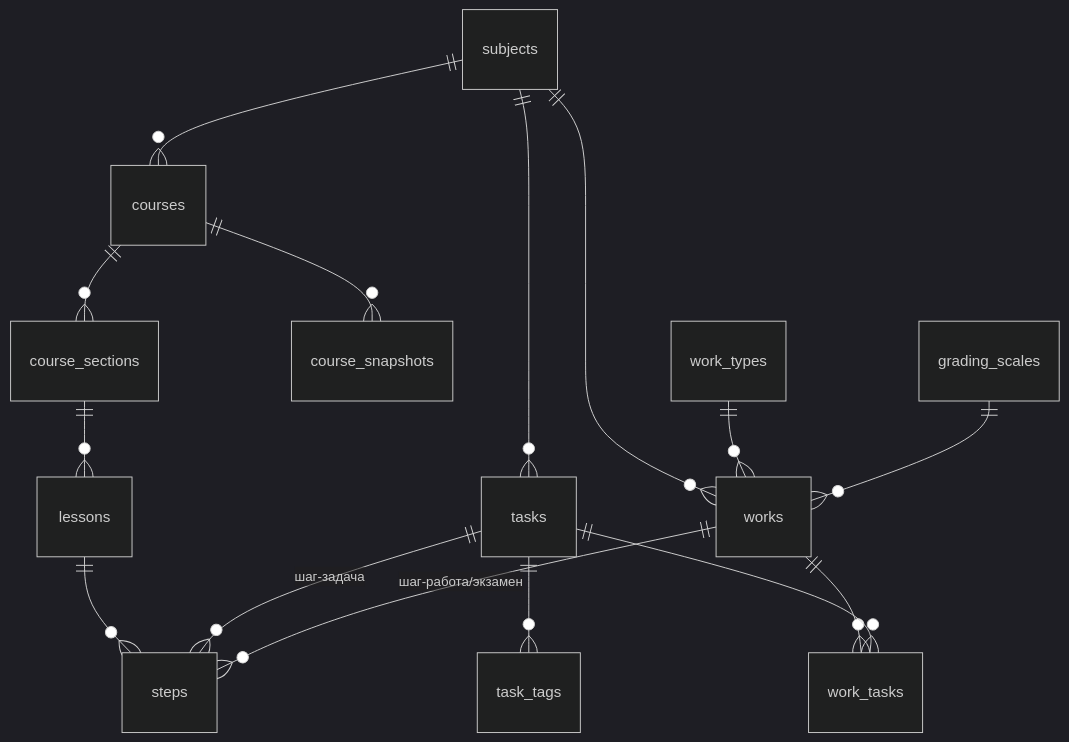
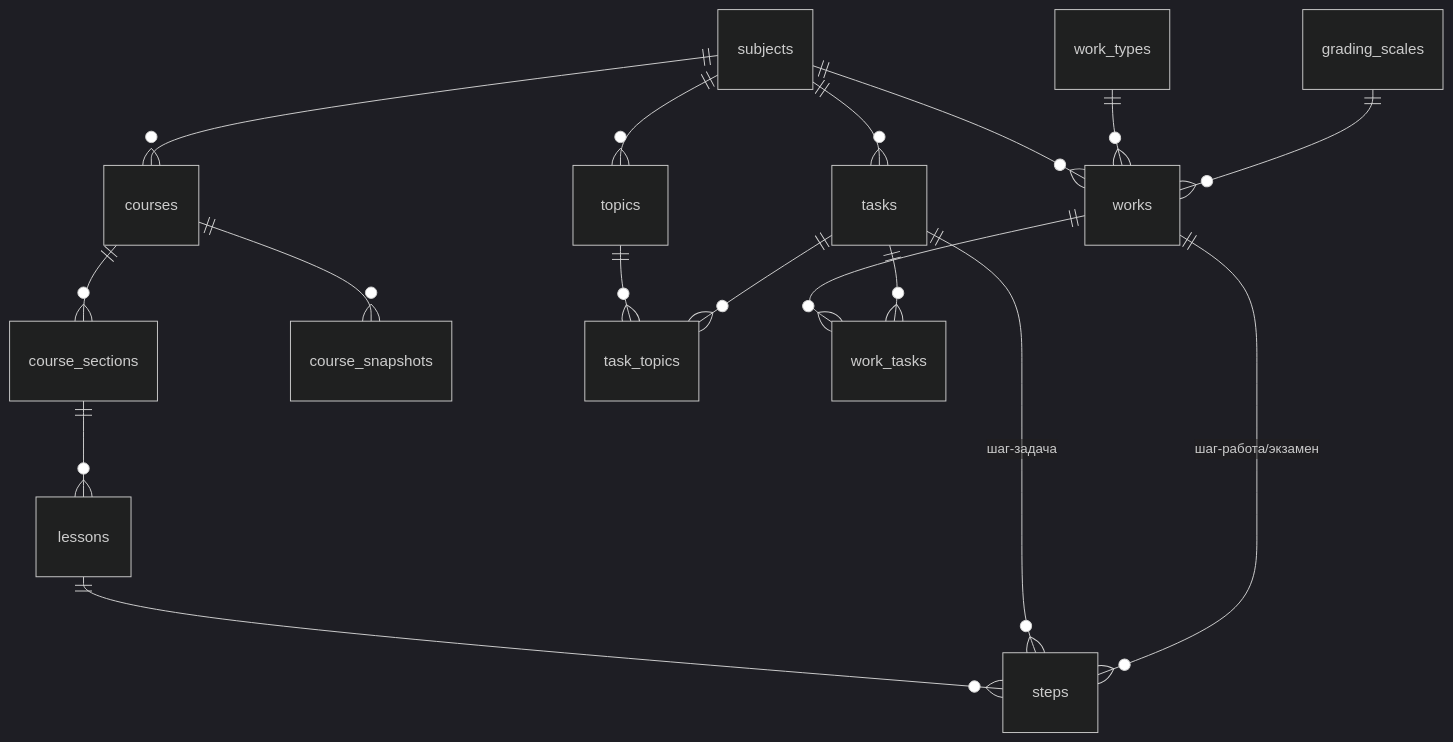
The second of 4 diagrams in 02-tech.md (Qabasya/FS-LMS_v2_doc), drawn with Mermaid (dark theme) before and after one commit. The commit also changed other lines of this file and 17 other files, not shown here.

````diff
--- a/02-tech.md
+++ b/02-tech.md
@@ -354,17 +355,19 @@
 ```mermaid
 erDiagram
     subjects ||--o{ courses : ""
     courses ||--o{ course_sections : ""
     course_sections ||--o{ lessons : ""
     lessons ||--o{ steps : ""
     courses ||--o{ course_snapshots : ""
     subjects ||--o{ tasks : ""
-    tasks ||--o{ task_tags : ""
+    subjects ||--o{ topics : ""
+    topics ||--o{ task_topics : ""
+    tasks ||--o{ task_topics : ""
     subjects ||--o{ works : ""
     work_types ||--o{ works : ""
     works ||--o{ work_tasks : ""
     tasks ||--o{ work_tasks : ""
     grading_scales ||--o{ works : ""
     tasks ||--o{ steps : "шаг-задача"
     works ||--o{ steps : "шаг-работа/экзамен"
 ```
````
